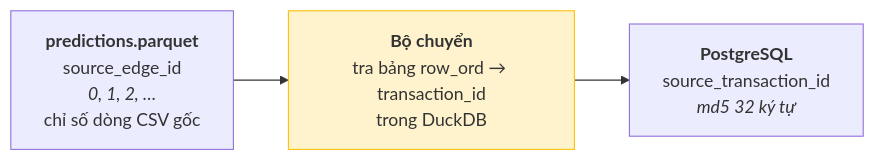
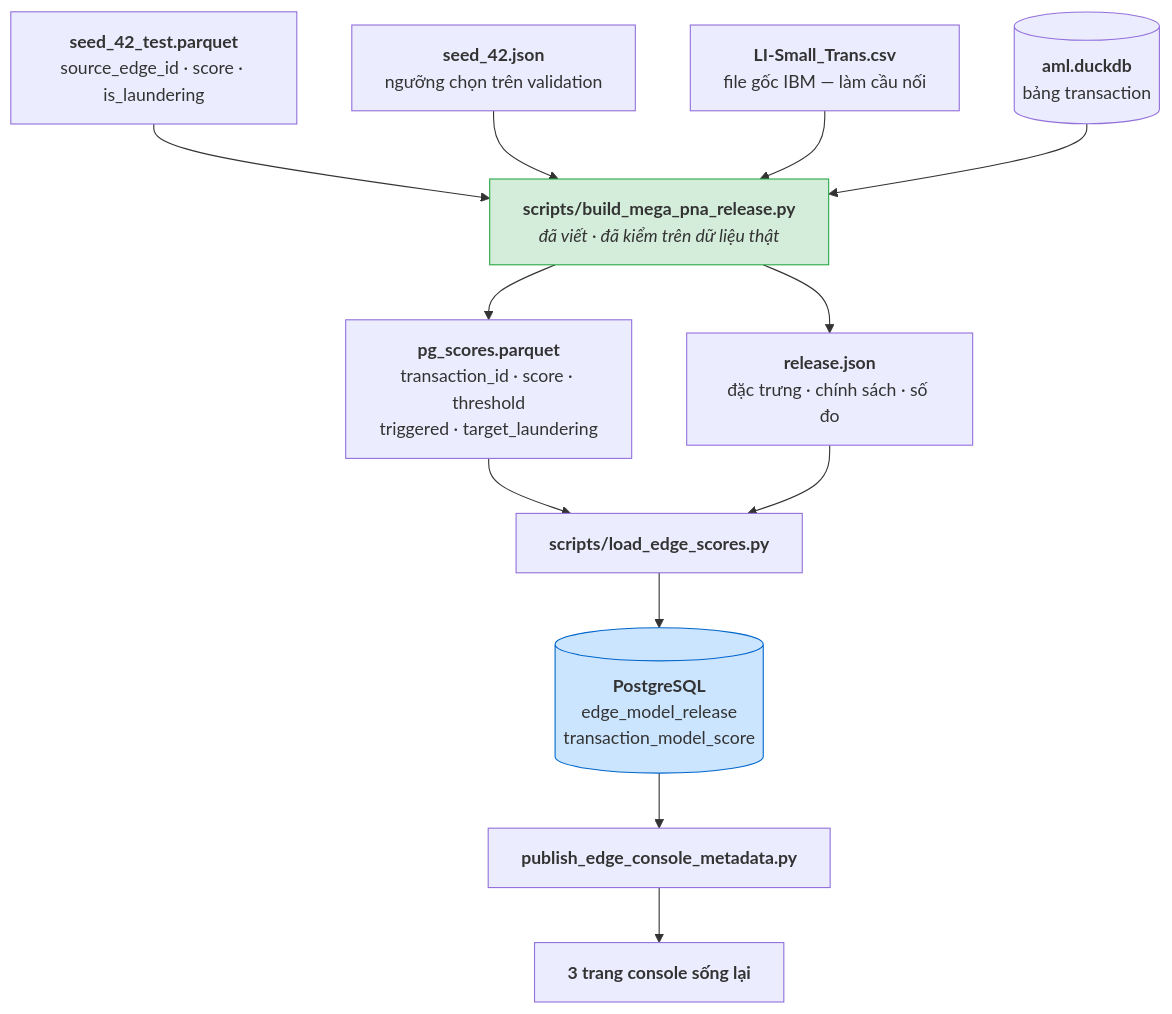
One commit to fiezen13/aml-monitoring-investigation-system changed the third of 4 diagrams in docs/HUONG_DAN_DUNG_LAI_MODEL.md. Above: the diagram before and after it, drawn with Mermaid. The commit also changed other lines of this file and 1 other file, not shown here.

````diff
--- a/docs/HUONG_DAN_DUNG_LAI_MODEL.md
+++ b/docs/HUONG_DAN_DUNG_LAI_MODEL.md
@@ -547,8 +584,28 @@
 ```mermaid
-flowchart LR
-    P["<b>predictions.parquet</b><br/>source_edge_id<br/><i>0, 1, 2, …</i><br/>chỉ số dòng CSV gốc"]
-    Q["<b>PostgreSQL</b><br/>source_transaction_id<br/><i>md5 32 ký tự</i>"]
-    B["<b>Bộ chuyển</b><br/>tra bảng row_ord → transaction_id<br/>trong DuckDB"]
-    P --> B --> Q
-    style B fill:#fff3cd,stroke:#ffc107
+flowchart TD
+    A["<b>seed_42_test.parquet</b><br/>source_edge_id · score · is_laundering"]
+    B["<b>seed_42.json</b><br/>ngưỡng chọn trên validation"]
+
+    C["<b>scripts/build_mega_pna_release.py</b><br/><i>đã viết · đã kiểm trên dữ liệu thật</i>"]
+    D["<b>LI-Small_Trans.csv</b><br/>file gốc IBM — làm cầu nối"]
+    E[("<b>aml.duckdb</b><br/>bảng transaction")]
+
+    F["<b>pg_scores.parquet</b><br/>transaction_id · score · threshold<br/>triggered · target_laundering"]
+    G["<b>release.json</b><br/>đặc trưng · chính sách · số đo"]
+
+    H["<b>scripts/load_edge_scores.py</b>"]
+    I[("<b>PostgreSQL</b><br/>edge_model_release<br/>transaction_model_score")]
+    J["<b>publish_edge_console_metadata.py</b>"]
+    K["<b>3 trang console sống lại</b>"]
+
+    A --> C
+    B --> C
+    D --> C
+    E --> C
+    C --> F --> H
+    C --> G --> H
+    H --> I --> J --> K
+
+    style C fill:#d4edda,stroke:#28a745
+    style I fill:#cce5ff,stroke:#0066cc
 ```
````
